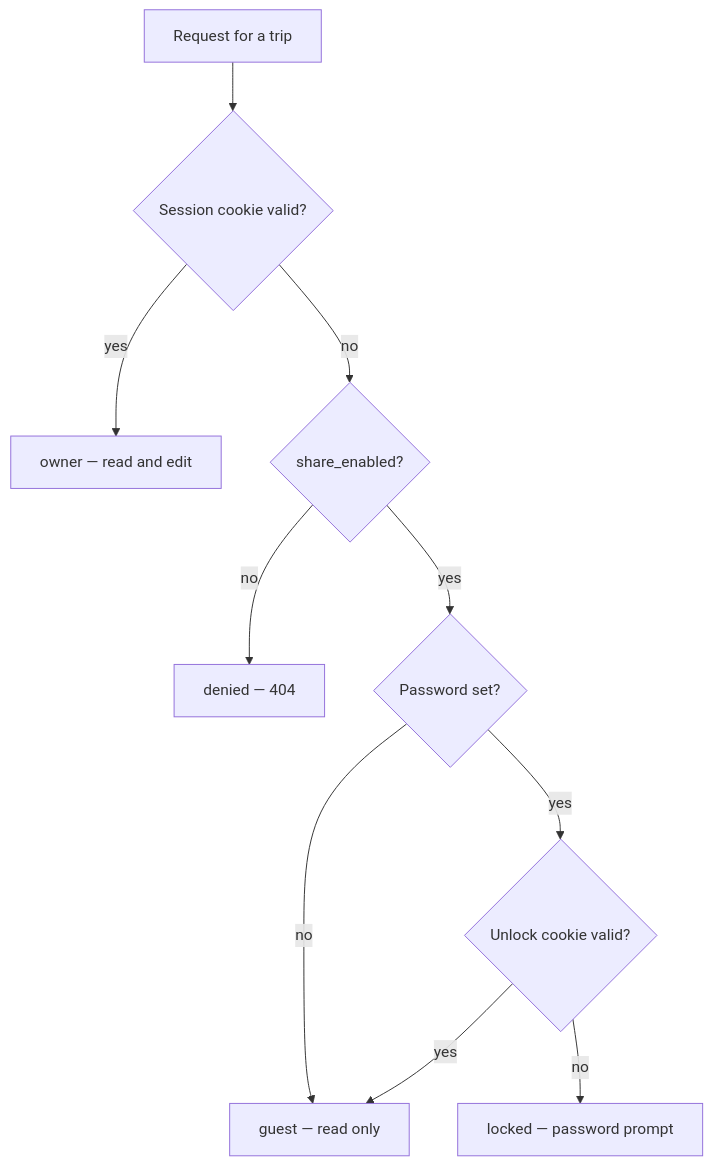
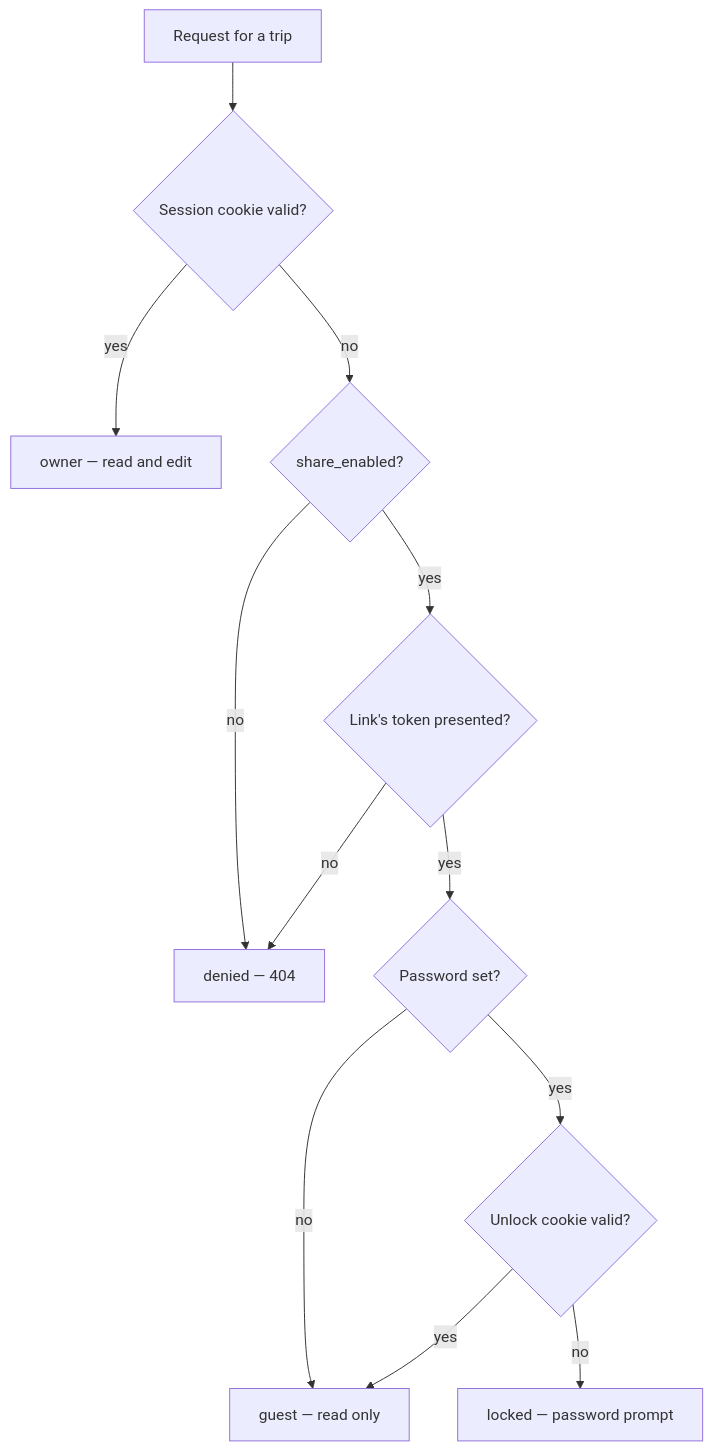
One commit to RainerZufall00/ownsteps changed the second of 2 diagrams in docs/ARCHITECTURE.md. Above: the diagram before and after it, drawn with Mermaid. The commit also changed other lines of this file and 17 other files, not shown here.

````diff
--- a/docs/ARCHITECTURE.md
+++ b/docs/ARCHITECTURE.md
@@ -219,12 +219,14 @@
 ```mermaid
 flowchart TD
     A["Request for a trip"] --> B{"Session cookie valid?"}
     B -- yes --> OWNER["owner — read and edit"]
     B -- no --> C{"share_enabled?"}
     C -- no --> DENIED["denied — 404"]
-    C -- yes --> D{"Password set?"}
+    C -- yes --> T{"Link's token presented?"}
+    T -- no --> DENIED
+    T -- yes --> D{"Password set?"}
     D -- no --> GUEST["guest — read only"]
     D -- yes --> E{"Unlock cookie valid?"}
     E -- yes --> GUEST
     E -- no --> LOCKED["locked — password prompt"]
 ```
````
